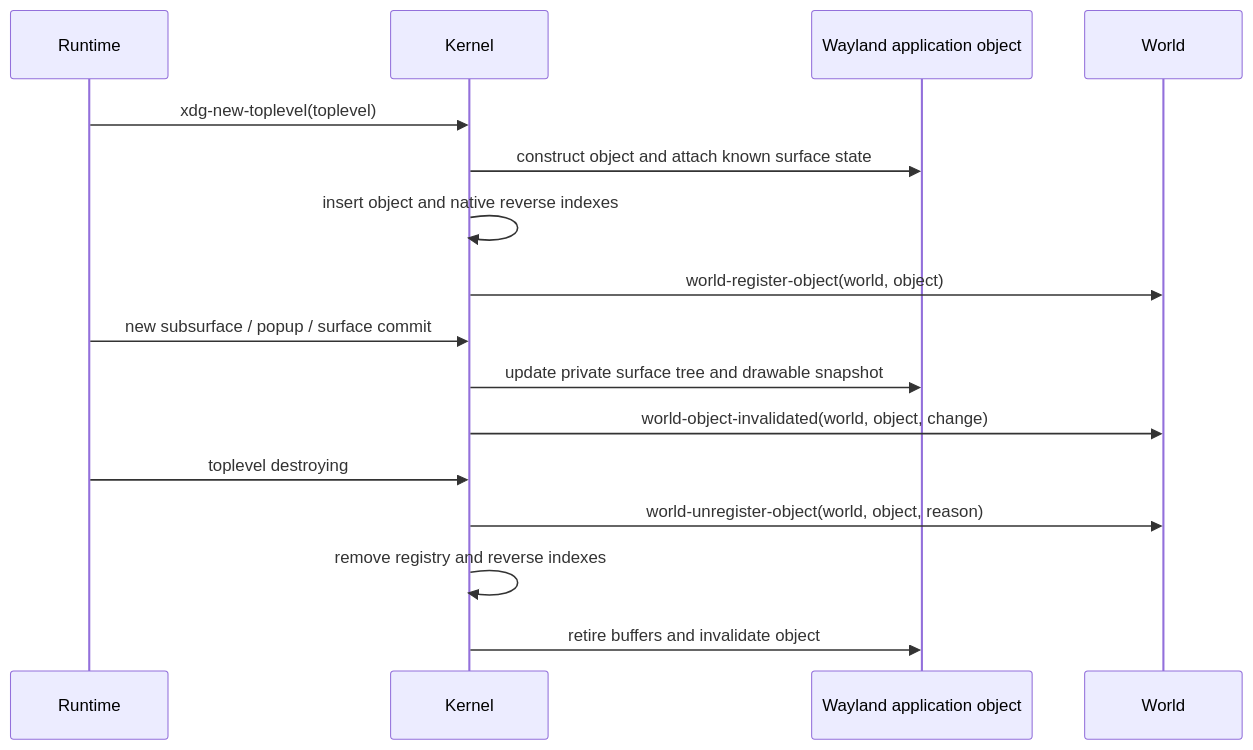
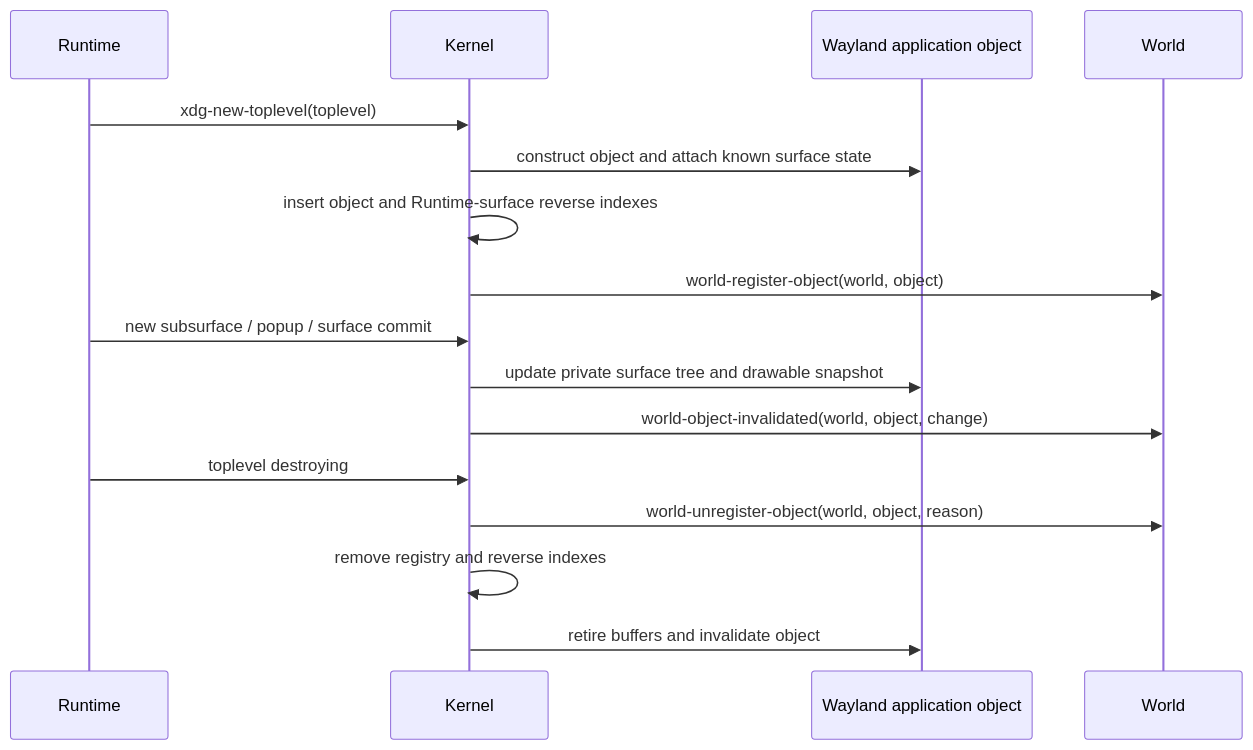
One commit to SeungheonOh/ataxia changed the second of 4 diagrams in docs/POST-RUNTIME-REDESIGN-PLAN.md. Above: the diagram before and after it, drawn with Mermaid. The commit also changed other lines of this file, not shown here.

Commit message:
docs: keep native objects entirely world-owned

````diff
--- a/docs/POST-RUNTIME-REDESIGN-PLAN.md
+++ b/docs/POST-RUNTIME-REDESIGN-PLAN.md
@@ -398,19 +423,19 @@
 ```mermaid
 sequenceDiagram
     participant R as Runtime
     participant K as Kernel
     participant O as Wayland application object
     participant W as World
 
     R->>K: xdg-new-toplevel(toplevel)
     K->>O: construct object and attach known surface state
-    K->>K: insert object and native reverse indexes
+    K->>K: insert object and Runtime-surface reverse indexes
     K->>W: world-register-object(world, object)
     R->>K: new subsurface / popup / surface commit
     K->>O: update private surface tree and drawable snapshot
     K->>W: world-object-invalidated(world, object, change)
     R->>K: toplevel destroying
     K->>W: world-unregister-object(world, object, reason)
     K->>K: remove registry and reverse indexes
     K->>O: retire buffers and invalidate object
 ```
````
